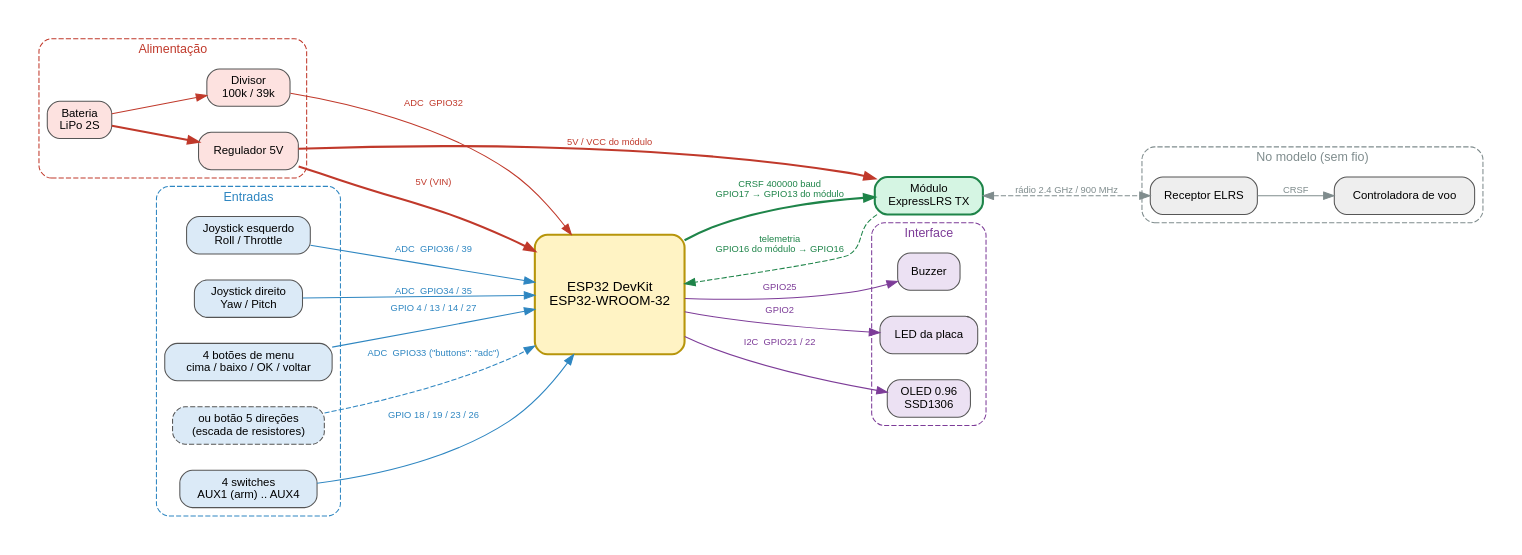
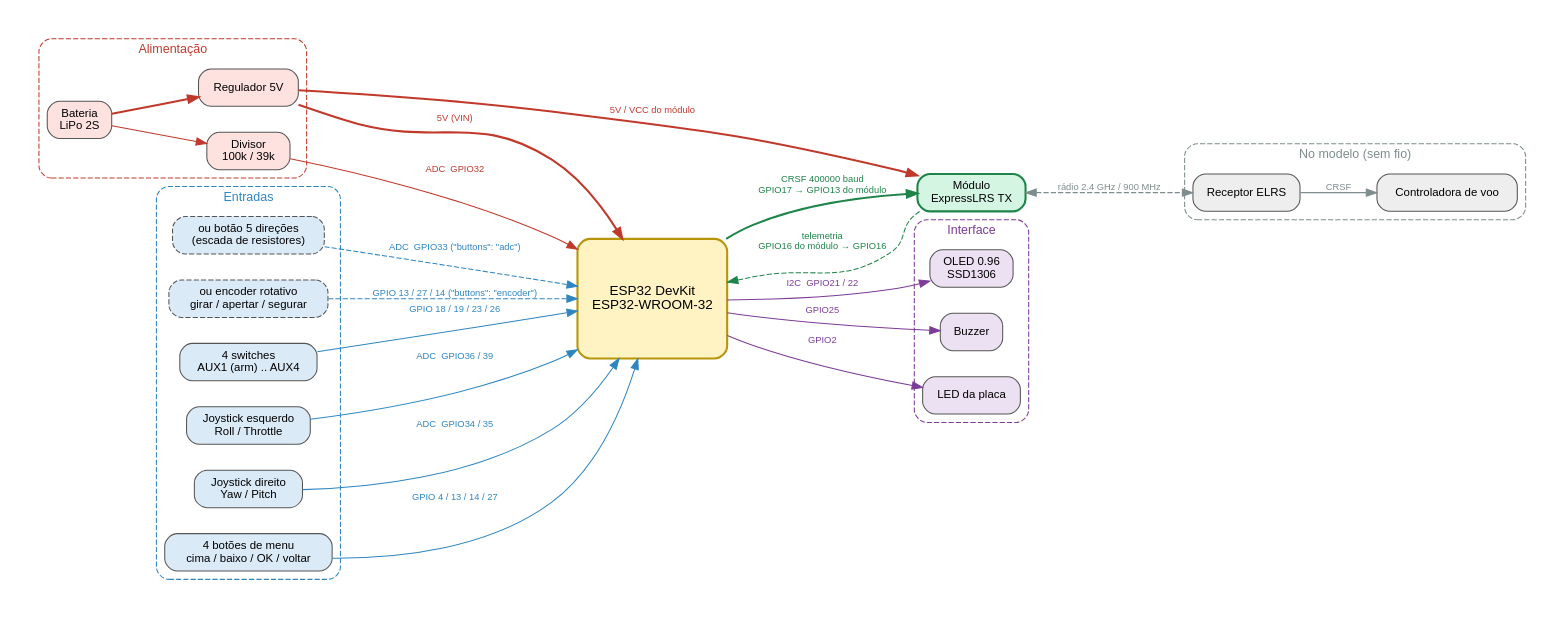
Before and after one commit to edilsoncorrea/ELRSTx: the diagram in docs/wiring/blocks-esp32dev.dot, drawn with Graphviz. The commit also changed 28 other files, not shown here.

```diff
--- a/docs/wiring/blocks-esp32dev.dot
+++ b/docs/wiring/blocks-esp32dev.dot
@@ -1,65 +1,67 @@
 // Diagrama de blocos ELRSTx (ESP32 DevKit). Gerar: dot -Tsvg blocks-esp32dev.dot -o blocks-esp32dev.svg
 digraph ELRSTx {
     rankdir=LR;
     graph [fontname="Helvetica", fontsize=12, nodesep=0.35, ranksep=0.7, bgcolor="white", pad=0.3];
     node  [fontname="Helvetica", fontsize=11, shape=box, style="rounded,filled", fillcolor="#f2f2f2", color="#555555", margin="0.15,0.08"];
     edge  [fontname="Helvetica", fontsize=9, color="#333333"];
 
     subgraph cluster_power {
         label="Alimentação"; style="rounded,dashed"; color="#c0392b"; fontcolor="#c0392b";
         bat [label="Bateria\nLiPo 2S", fillcolor="#fde2e0"];
         reg [label="Regulador 5V", fillcolor="#fde2e0"];
         div [label="Divisor\n100k / 39k", fillcolor="#fde2e0"];
     }
 
     subgraph cluster_inputs {
         label="Entradas"; style="rounded,dashed"; color="#2e86c1"; fontcolor="#2e86c1";
         joyL [label="Joystick esquerdo\nRoll / Throttle", fillcolor="#dbeaf7"];
         joyR [label="Joystick direito\nYaw / Pitch", fillcolor="#dbeaf7"];
         btn  [label="4 botões de menu\ncima / baixo / OK / voltar", fillcolor="#dbeaf7"];
         way5 [label="ou botão 5 direções\n(escada de resistores)", fillcolor="#dbeaf7", style="rounded,filled,dashed"];
+        enc  [label="ou encoder rotativo\ngirar / apertar / segurar", fillcolor="#dbeaf7", style="rounded,filled,dashed"];
         sw   [label="4 switches\nAUX1 (arm) .. AUX4", fillcolor="#dbeaf7"];
     }
 
     esp [label="ESP32 DevKit\nESP32-WROOM-32", fillcolor="#fff3c4", color="#b7950b", penwidth=2, fontsize=13, height=1.6, width=2];
 
     elrs [label="Módulo\nExpressLRS TX", fillcolor="#d5f5e3", color="#1e8449", penwidth=2];
     subgraph cluster_outputs {
         label="Interface"; style="rounded,dashed"; color="#7d3c98"; fontcolor="#7d3c98";
         oled [label="OLED 0.96\nSSD1306", fillcolor="#ece1f3"];
         buz  [label="Buzzer", fillcolor="#ece1f3"];
         led  [label="LED da placa", fillcolor="#ece1f3"];
     }
 
 
     subgraph cluster_model {
         label="No modelo (sem fio)"; style="rounded,dashed"; color="#7f8c8d"; fontcolor="#7f8c8d";
         rx [label="Receptor ELRS", fillcolor="#eeeeee"];
         fc [label="Controladora de voo", fillcolor="#eeeeee"];
     }
 
     // alimentação
     bat -> reg  [color="#c0392b", penwidth=2];
     reg -> esp  [label="5V (VIN)", color="#c0392b", fontcolor="#c0392b", penwidth=2];
     reg -> elrs [label="5V / VCC do módulo", color="#c0392b", fontcolor="#c0392b", penwidth=2];
     bat -> div  [color="#c0392b"];
     div -> esp  [label="ADC  GPIO32", color="#c0392b", fontcolor="#c0392b"];
 
     // entradas
     joyL -> esp [label="ADC  GPIO36 / 39", color="#2e86c1", fontcolor="#2e86c1"];
     joyR -> esp [label="ADC  GPIO34 / 35", color="#2e86c1", fontcolor="#2e86c1"];
     btn  -> esp [label="GPIO 4 / 13 / 14 / 27", color="#2e86c1", fontcolor="#2e86c1"];
     way5 -> esp [label="ADC  GPIO33 (\"buttons\": \"adc\")", color="#2e86c1", fontcolor="#2e86c1", style=dashed];
+    enc  -> esp [label="GPIO 13 / 27 / 14 (\"buttons\": \"encoder\")", color="#2e86c1", fontcolor="#2e86c1", style=dashed];
     sw   -> esp [label="GPIO 18 / 19 / 23 / 26", color="#2e86c1", fontcolor="#2e86c1"];
 
     // link
     esp -> elrs [label="CRSF 400000 baud\nGPIO17 → GPIO13 do módulo", color="#1e8449", fontcolor="#1e8449", penwidth=2];
     elrs -> esp [label="telemetria\nGPIO16 do módulo → GPIO16", color="#1e8449", fontcolor="#1e8449", style=dashed];
     elrs -> rx  [label="rádio 2.4 GHz / 900 MHz", dir=both, style=dashed, color="#7f8c8d", fontcolor="#7f8c8d"];
     rx -> fc    [label="CRSF", color="#7f8c8d", fontcolor="#7f8c8d"];
     // interface
     esp -> oled [label="I2C  GPIO21 / 22", color="#7d3c98", fontcolor="#7d3c98"];
     esp -> buz  [label="GPIO25", color="#7d3c98", fontcolor="#7d3c98"];
     esp -> led  [label="GPIO2", color="#7d3c98", fontcolor="#7d3c98"];
 
 }
```
